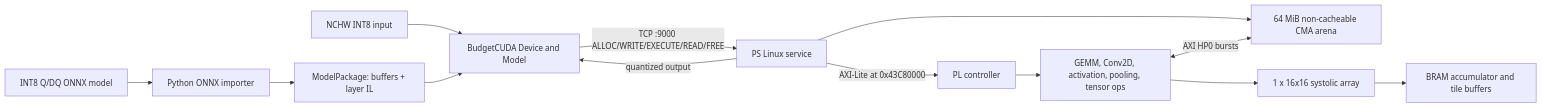
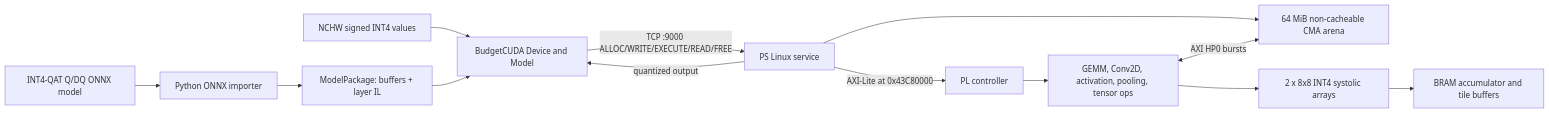
One commit to SamTang2004/capstone_project changed the first of 2 diagrams in FPGA/IMPLEMENTATION_AND_ARCHITECTURE_GUIDE.md. Above: the diagram before and after it, drawn with Mermaid. The commit also changed other lines of this file and 218 other files, not shown here.

````diff
--- a/FPGA/IMPLEMENTATION_AND_ARCHITECTURE_GUIDE.md
+++ b/FPGA/IMPLEMENTATION_AND_ARCHITECTURE_GUIDE.md
@@ -41,15 +42,15 @@
 ```mermaid
 flowchart LR
-    ONNX["INT8 Q/DQ ONNX model"] --> IMPORT["Python ONNX importer"]
+    ONNX["INT4-QAT Q/DQ ONNX model"] --> IMPORT["Python ONNX importer"]
     IMPORT --> PKG["ModelPackage: buffers + layer IL"]
-    INPUT["NCHW INT8 input"] --> HOST["BudgetCUDA Device and Model"]
+    INPUT["NCHW signed INT4 values"] --> HOST["BudgetCUDA Device and Model"]
     PKG --> HOST
     HOST -->|"TCP :9000 ALLOC/WRITE/EXECUTE/READ/FREE"| SERVER["PS Linux service"]
     SERVER --> CMA["64 MiB non-cacheable CMA arena"]
     SERVER -->|"AXI-Lite at 0x43C80000"| CTRL["PL controller"]
     CTRL --> OPS["GEMM, Conv2D, activation, pooling, tensor ops"]
     OPS <-->|"AXI HP0 bursts"| CMA
-    OPS --> ARRAY["1 x 16x16 systolic array"]
+    OPS --> ARRAY["2 x 8x8 INT4 systolic arrays"]
     ARRAY --> ACC["BRAM accumulator and tile buffers"]
     SERVER -->|"quantized output"| HOST
 ```
````
